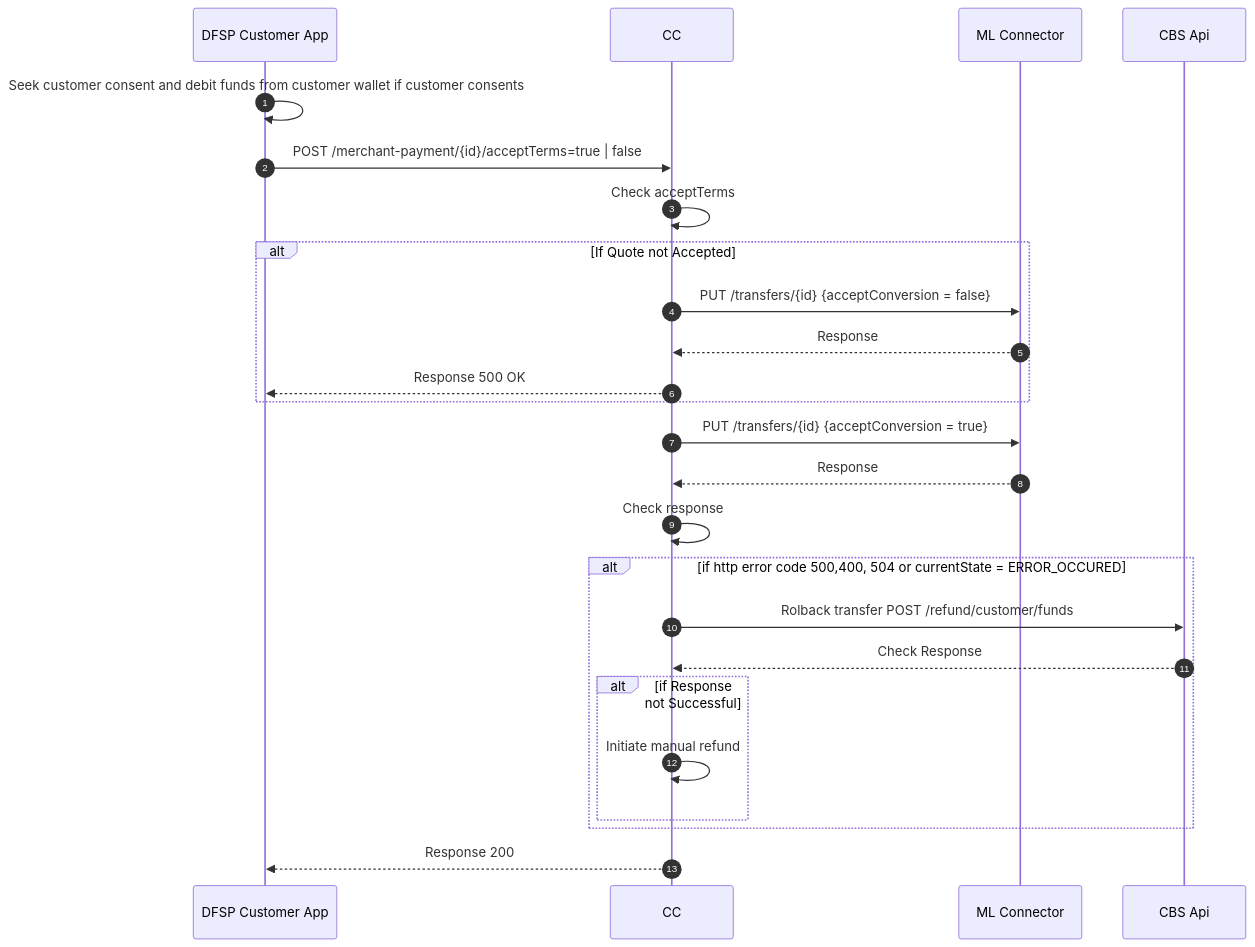
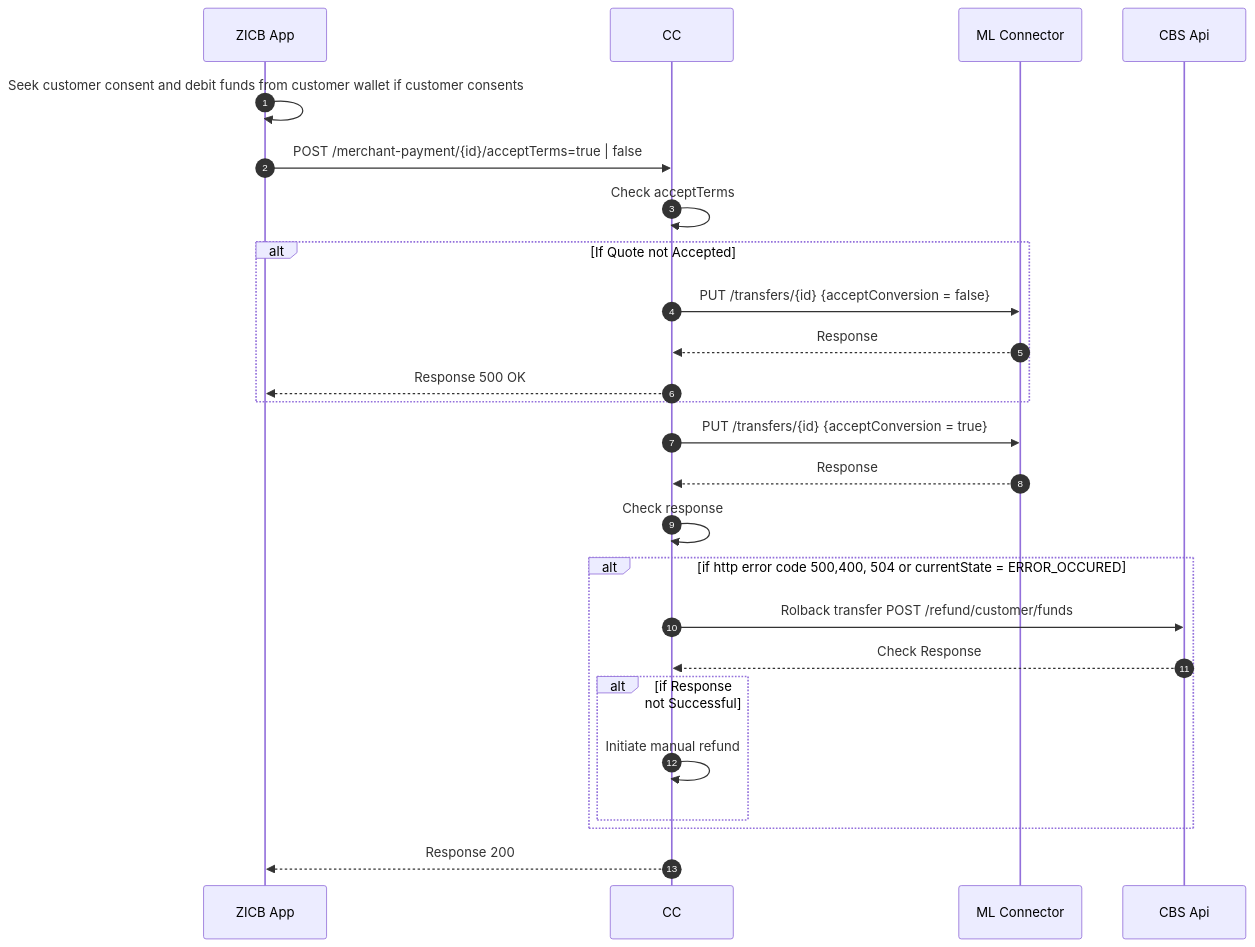
Before and after one commit to mojaloop/ml-reference-connectors: the diagram in zicb-zm-core-connector/docs/payer/payer-update-merchant-payment-bank.md, drawn with Mermaid. The commit also changed 12 other files, not shown here.

Commit message:
chore: updated sequence diagrams

````diff
--- a/zicb-zm-core-connector/docs/payer/payer-update-merchant-payment-bank.md
+++ b/zicb-zm-core-connector/docs/payer/payer-update-merchant-payment-bank.md
@@ -4,23 +4,23 @@
 ```mermaid
 sequenceDiagram
   autoNumber
-  DFSP Customer App->>DFSP Customer App: Seek customer consent and debit funds from customer wallet if customer consents
-  DFSP Customer App->>CC: POST /merchant-payment/{id}/acceptTerms=true | false
+  ZICB App->>ZICB App: Seek customer consent and debit funds from customer wallet if customer consents
+  ZICB App->>CC: POST /merchant-payment/{id}/acceptTerms=true | false
   CC->>CC: Check acceptTerms
   Alt If Quote not Accepted
   CC->>ML Connector:PUT  /transfers/{id} {acceptConversion = false}
   ML Connector-->>CC: Response 
-  CC-->>DFSP Customer App: Response 500 OK
+  CC-->>ZICB App: Response 500 OK
   End
   CC->>ML Connector:PUT  /transfers/{id} {acceptConversion = true}
   ML Connector-->>CC: Response
   CC->>CC: Check response
   Alt if http error code 500,400, 504 or currentState = ERROR_OCCURED
   CC->>CBS Api : Rolback transfer POST /refund/customer/funds
   CBS Api-->>CC:Check Response
   Alt if Response not Successful
   CC->>CC: Initiate manual refund
   End
   End
-  CC-->> DFSP Customer App: Response 200
+  CC-->> ZICB App: Response 200
 ```
````
